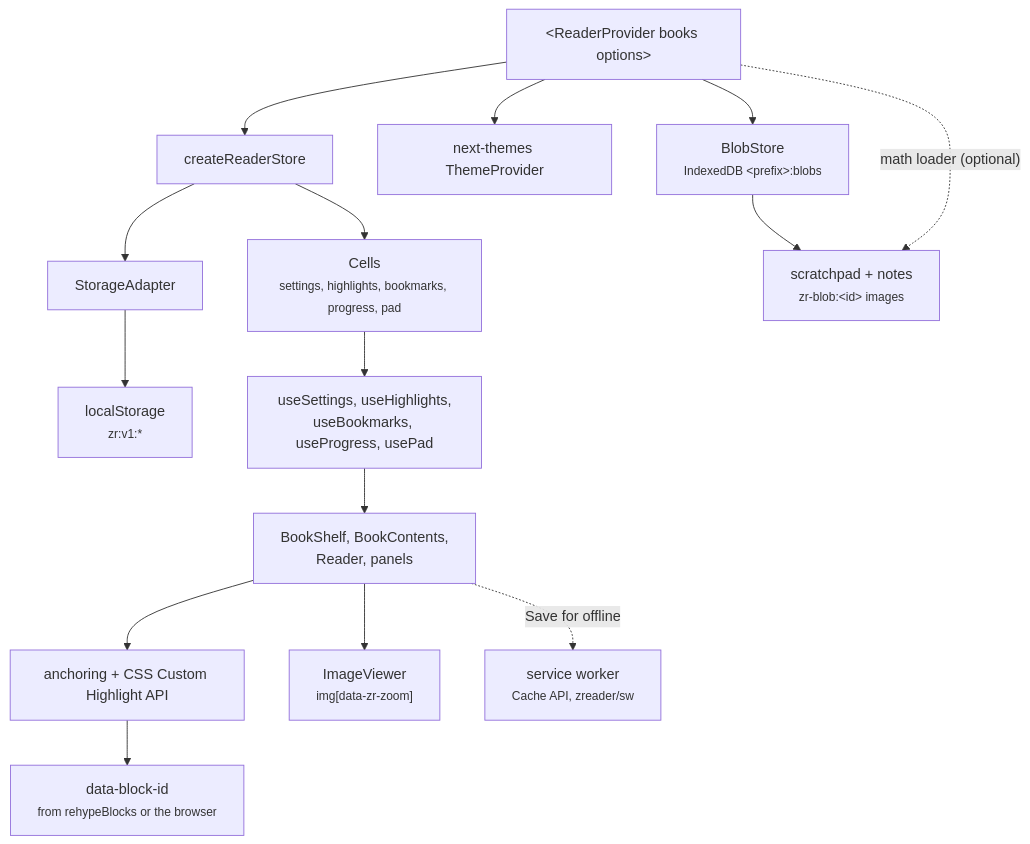
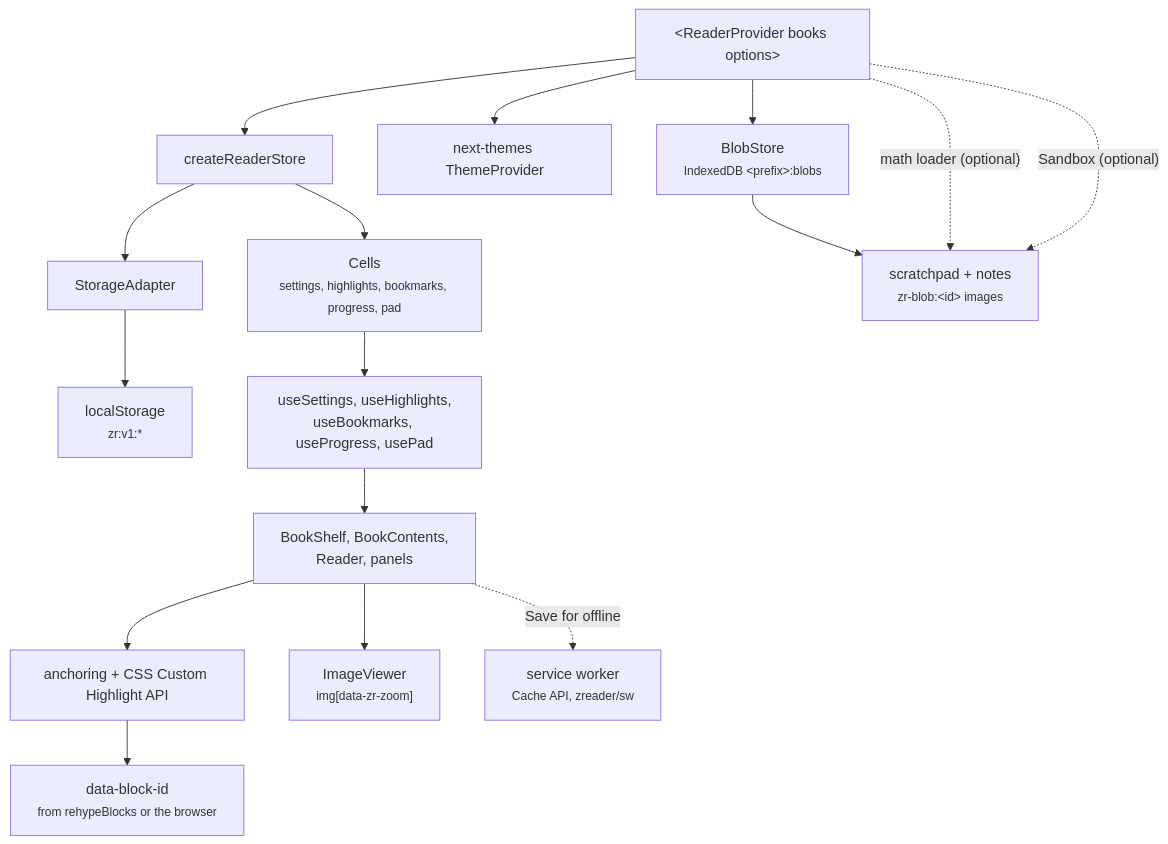
One commit to Alchemyst-ai/zreader changed the sixth of 7 diagrams in docs/architecture.md. Above: the diagram before and after it, drawn with Mermaid. The commit also changed other lines of this file and 10 other files, not shown here.

First line of the commit message:
[DOCS] Runnable code: guide, configuration, API, architecture, checklist (#11)

````diff
--- a/docs/architecture.md
+++ b/docs/architecture.md
@@ -196,17 +197,18 @@
 ```mermaid
 graph TB
     provider["&lt;ReaderProvider books options&gt;"] --> store["createReaderStore"]
     provider --> theme["next-themes ThemeProvider"]
     store --> adapter["StorageAdapter"]
     adapter --> ls["localStorage<br/><small>zr:v1:*</small>"]
     store --> cells["Cells<br/><small>settings, highlights, bookmarks, progress, pad</small>"]
     cells --> hooks["useSettings, useHighlights,<br/>useBookmarks, useProgress, usePad"]
     hooks --> ui["BookShelf, BookContents,<br/>Reader, panels"]
     ui --> anchor["anchoring + CSS Custom Highlight API"]
     anchor --> blocks["data-block-id<br/><small>from rehypeBlocks or the browser</small>"]
     provider --> blobs["BlobStore<br/><small>IndexedDB &lt;prefix&gt;:blobs</small>"]
     blobs --> pad["scratchpad + notes<br/><small>zr-blob:&lt;id&gt; images</small>"]
     provider -. "math loader (optional)" .-> pad
+    provider -. "Sandbox (optional)" .-> pad
     ui --> viewer["ImageViewer<br/><small>img[data-zr-zoom]</small>"]
     ui -. "Save for offline" .-> swc["service worker<br/><small>Cache API, zreader/sw</small>"]
 ```
````
